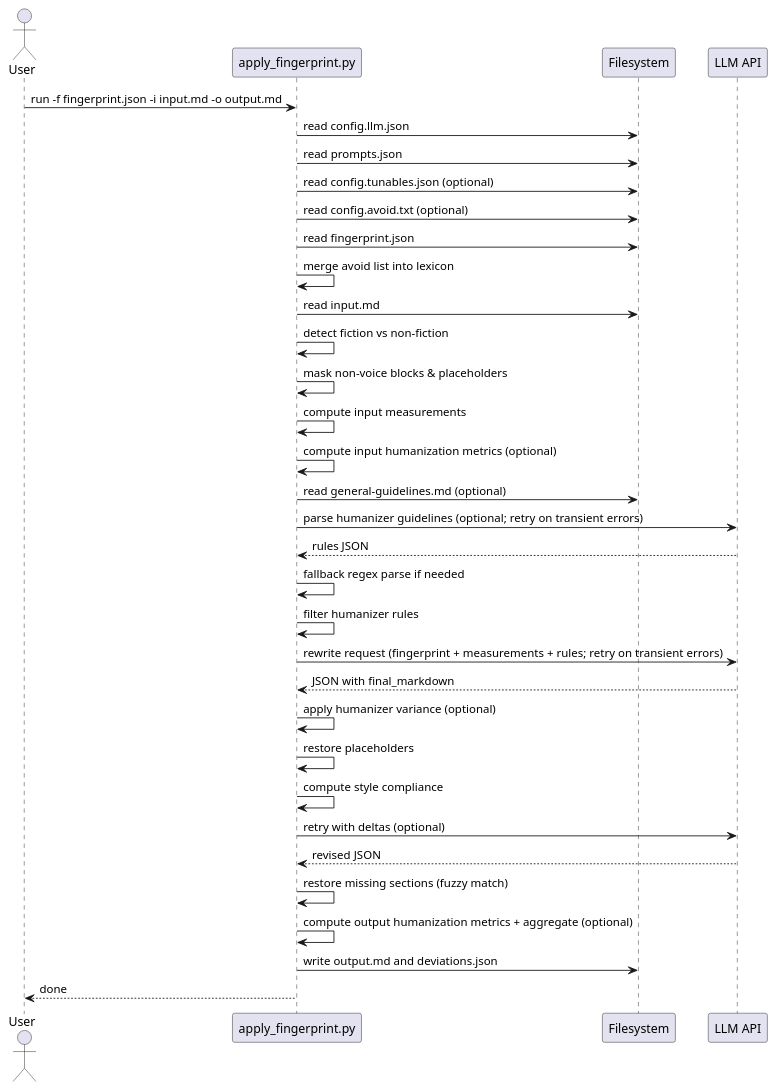
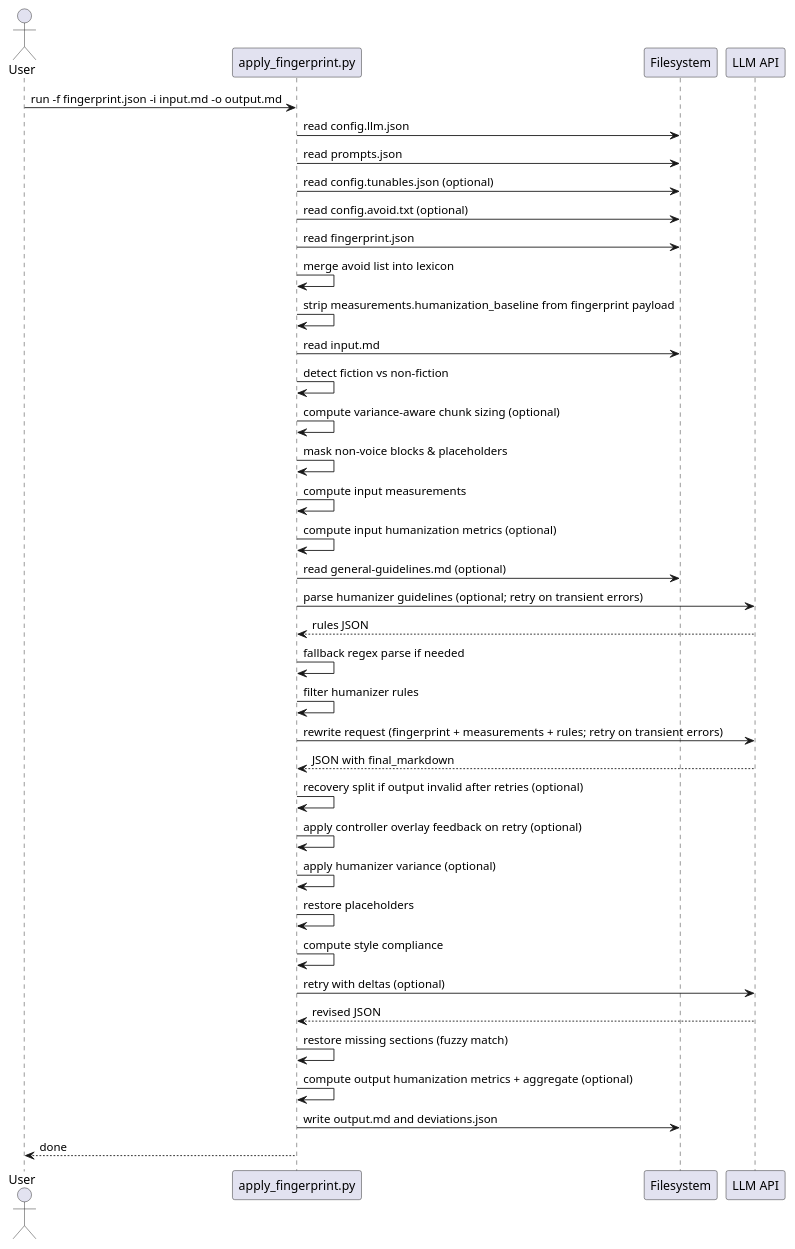
Before and after one commit to ngpepin/stylometric-transfer: the third of 3 diagrams in UML-Apply.md, drawn with PlantUML. The commit also changed other lines of this file and 15 other files, not shown here.

````diff
--- a/UML-Apply.md
+++ b/UML-Apply.md
@@ -149,37 +161,41 @@
 ```plantuml
 @startuml
 actor User
 participant "apply_fingerprint.py" as AF
 participant "Filesystem" as FS
 participant "LLM API" as LLM
 
 User -> AF : run -f fingerprint.json -i input.md -o output.md
 AF -> FS : read config.llm.json
 AF -> FS : read prompts.json
 AF -> FS : read config.tunables.json (optional)
 AF -> FS : read config.avoid.txt (optional)
 AF -> FS : read fingerprint.json
 AF -> AF : merge avoid list into lexicon
+AF -> AF : strip measurements.humanization_baseline from fingerprint payload
 AF -> FS : read input.md
 AF -> AF : detect fiction vs non-fiction
+AF -> AF : compute variance-aware chunk sizing (optional)
 AF -> AF : mask non-voice blocks & placeholders
 AF -> AF : compute input measurements
 AF -> AF : compute input humanization metrics (optional)
 AF -> FS : read general-guidelines.md (optional)
 AF -> LLM : parse humanizer guidelines (optional; retry on transient errors)
 LLM --> AF : rules JSON
 AF -> AF : fallback regex parse if needed
 AF -> AF : filter humanizer rules
 AF -> LLM : rewrite request (fingerprint + measurements + rules; retry on transient errors)
 LLM --> AF : JSON with final_markdown
+AF -> AF : recovery split if output invalid after retries (optional)
+AF -> AF : apply controller overlay feedback on retry (optional)
 AF -> AF : apply humanizer variance (optional)
 AF -> AF : restore placeholders
 AF -> AF : compute style compliance
 AF -> LLM : retry with deltas (optional)
 LLM --> AF : revised JSON
 AF -> AF : restore missing sections (fuzzy match)
 AF -> AF : compute output humanization metrics + aggregate (optional)
 AF -> FS : write output.md and deviations.json
 AF --> User : done
 @enduml
 ```
````
